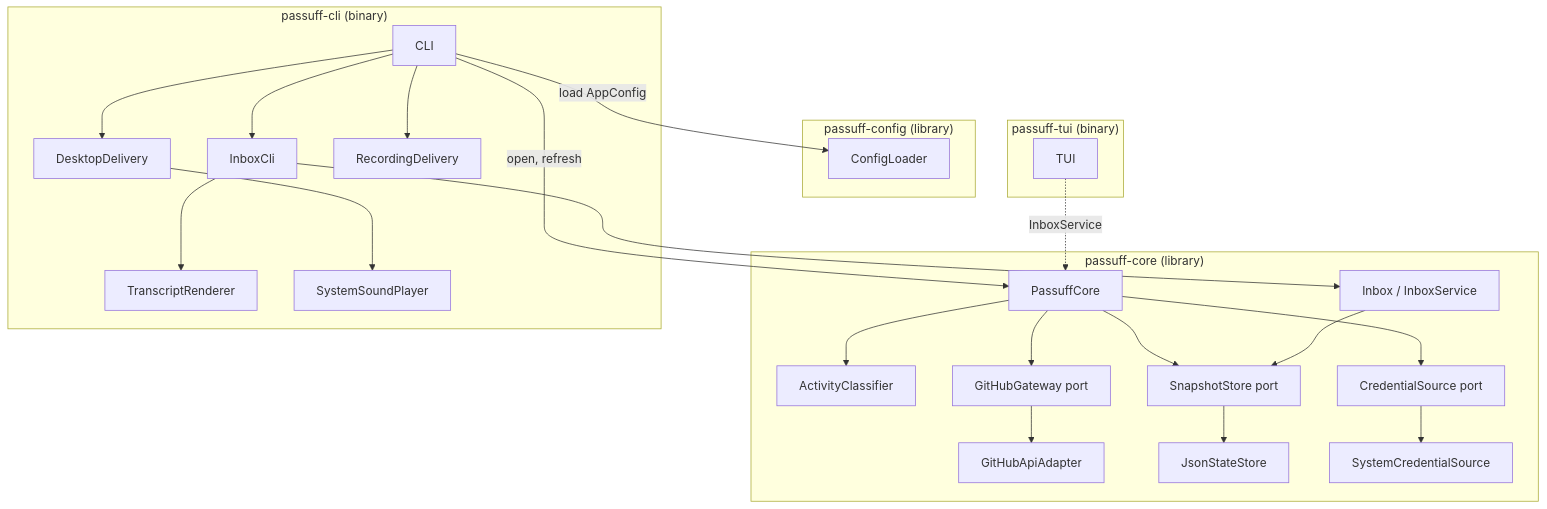
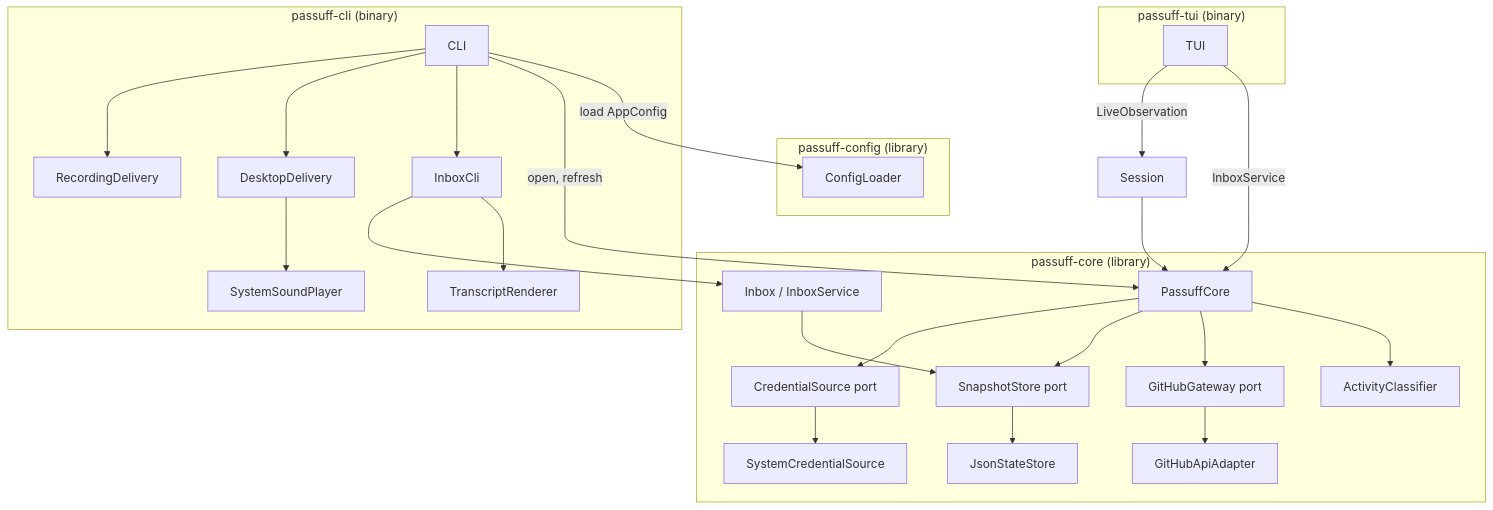
Before and after one commit to buster/passuff: the diagram in docs/arc42/05-building-block-view.md, drawn with Mermaid. The commit also changed other lines of this file and 21 other files, not shown here.

Commit message:
docs(passuff-tui-live): plan live inbox observation

````diff
--- a/docs/arc42/05-building-block-view.md
+++ b/docs/arc42/05-building-block-view.md
@@ -5,49 +5,51 @@
 ```mermaid
 flowchart TB
     subgraph configBoundary["passuff-config (library)"]
         Config["ConfigLoader"]
     end
 
     subgraph coreBoundary["passuff-core (library)"]
         Core["PassuffCore"]
         Classifier["ActivityClassifier"]
         GitHubPort["GitHubGateway port"]
         GitHubAdapter["GitHubApiAdapter"]
         StatePort["SnapshotStore port"]
         JsonStore["JsonStateStore"]
         CredentialPort["CredentialSource port"]
         Credential["SystemCredentialSource"]
         Inbox["Inbox / InboxService"]
     end
 
     subgraph cliBoundary["passuff-cli (binary)"]
         CLI["CLI"]
         InboxCli["InboxCli"]
         Renderer["TranscriptRenderer"]
         Delivery["DesktopDelivery"]
         Record["RecordingDelivery"]
         Sound["SystemSoundPlayer"]
     end
 
     subgraph tuiBoundary["passuff-tui (binary)"]
         TUI["TUI"]
     end
 
     CLI -->|load AppConfig| Config
     CLI -->|open, refresh| Core
     CLI --> InboxCli
     InboxCli --> Renderer
     InboxCli --> Inbox
     Inbox --> StatePort
     CLI --> Delivery
     CLI --> Record
     Delivery --> Sound
     Core --> Classifier
     Core --> GitHubPort
     GitHubPort --> GitHubAdapter
     Core --> StatePort
     StatePort --> JsonStore
     Core --> CredentialPort
     CredentialPort --> Credential
-    TUI -.->|InboxService| Core
+    TUI -->|InboxService| Core
+    TUI -->|LiveObservation| Session
+    Session --> Core
 ```
````
